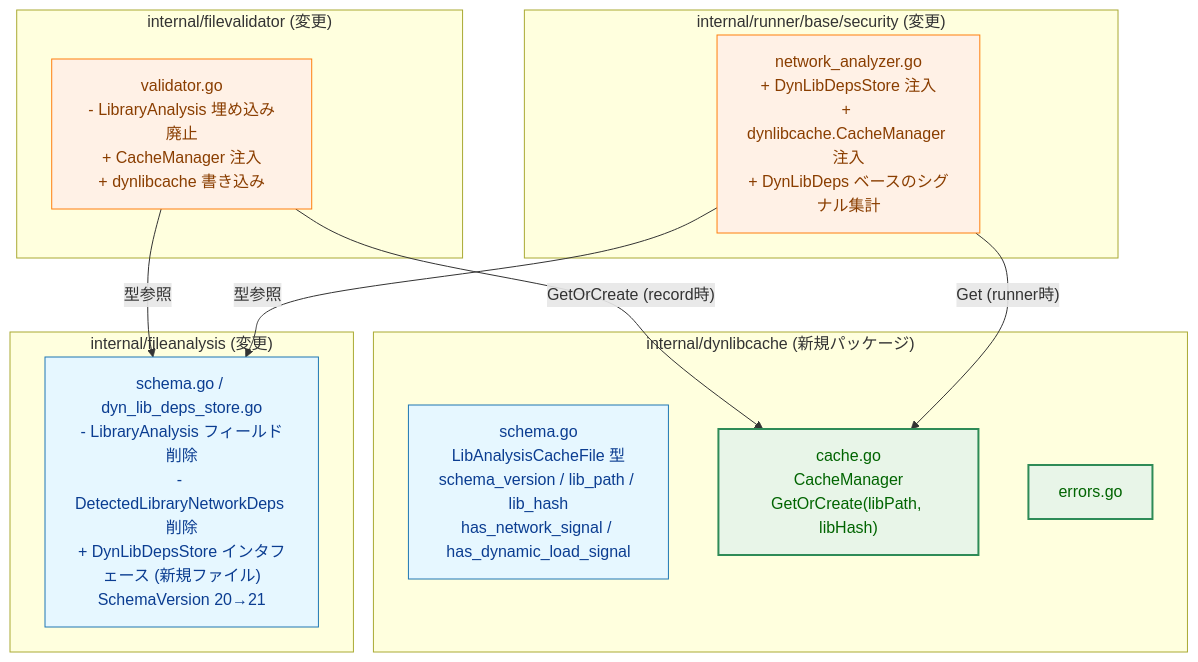
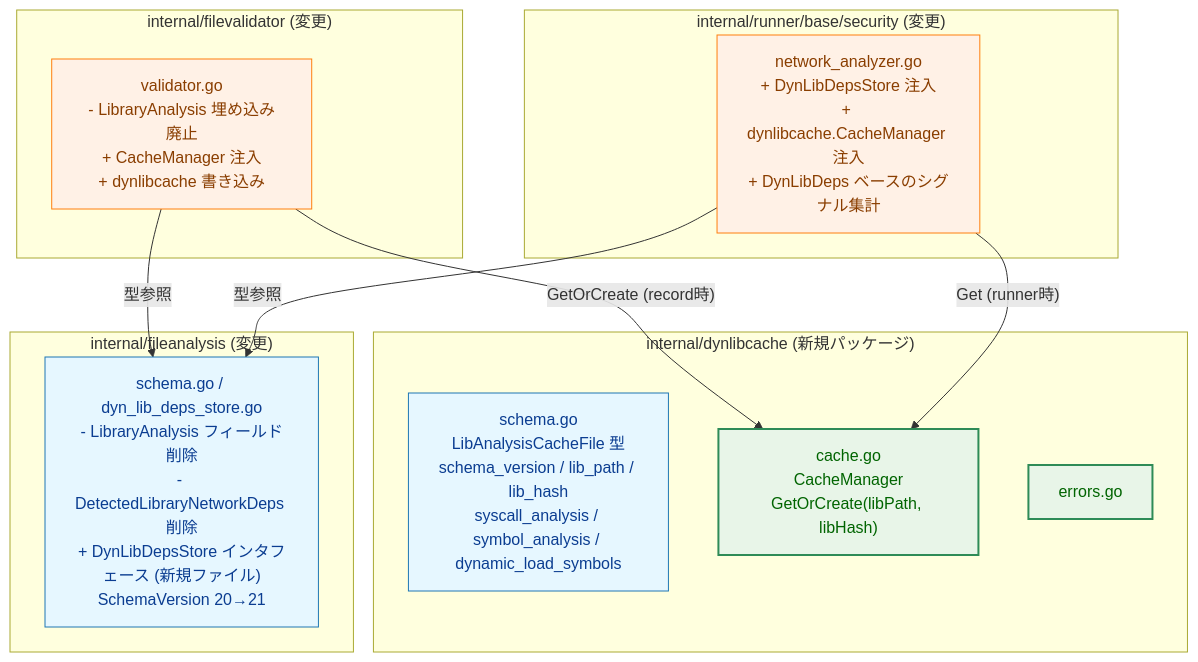
The fourth of 4 diagrams in docs/tasks/0124_dynlib_library_analysis_cache/02_architecture.md (isseis/go-safe-cmd-runner), drawn with Mermaid before and after one commit. The commit also changed other lines of this file and 3 other files, not shown here.

First line of the commit message:
docs: align dynlib cache schema with runner internal evaluation

````diff
--- a/docs/tasks/0124_dynlib_library_analysis_cache/02_architecture.md
+++ b/docs/tasks/0124_dynlib_library_analysis_cache/02_architecture.md
@@ -91,33 +91,33 @@
 ```mermaid
 graph TB
     classDef data fill:#e6f7ff,stroke:#1f77b4,stroke-width:1px,color:#0b3d91;
     classDef process fill:#fff1e6,stroke:#ff7f0e,stroke-width:1px,color:#8a3e00;
     classDef enhanced fill:#e8f5e8,stroke:#2e8b57,stroke-width:2px,color:#006400;
 
     subgraph dynlibcache["internal/dynlibcache (新規パッケージ)"]
-        DC_SCHEMA["schema.go<br>LibAnalysisCacheFile 型<br>schema_version / lib_path / lib_hash<br>has_network_signal / has_dynamic_load_signal"]
+        DC_SCHEMA["schema.go<br>LibAnalysisCacheFile 型<br>schema_version / lib_path / lib_hash<br>syscall_analysis / symbol_analysis / dynamic_load_symbols"]
         DC_CACHE["cache.go<br>CacheManager<br>GetOrCreate(libPath, libHash)"]
         DC_ERR["errors.go"]
     end
 
     subgraph fileanalysis["internal/fileanalysis (変更)"]
         FA_SCHEMA["schema.go / dyn_lib_deps_store.go<br>- LibraryAnalysis フィールド削除<br>- DetectedLibraryNetworkDeps 削除<br>+ DynLibDepsStore インタフェース (新規ファイル)<br>SchemaVersion 20→21"]
     end
 
     subgraph filevalidator["internal/filevalidator (変更)"]
         FV_VAL["validator.go<br>- LibraryAnalysis 埋め込み廃止<br>+ CacheManager 注入<br>+ dynlibcache 書き込み"]
     end
 
     subgraph runner_security["internal/runner/base/security (変更)"]
         RS_NET["network_analyzer.go<br>+ DynLibDepsStore 注入<br>+ dynlibcache.CacheManager 注入<br>+ DynLibDeps ベースのシグナル集計"]
     end
 
     FV_VAL  -->|"GetOrCreate (record時)"| DC_CACHE
     RS_NET  -->|"Get (runner時)"| DC_CACHE
     FV_VAL  -->|"型参照"| FA_SCHEMA
     RS_NET  -->|"型参照"| FA_SCHEMA
 
     class DC_SCHEMA,FA_SCHEMA data;
     class FV_VAL,RS_NET process;
     class DC_CACHE,DC_ERR enhanced;
 ```
````
